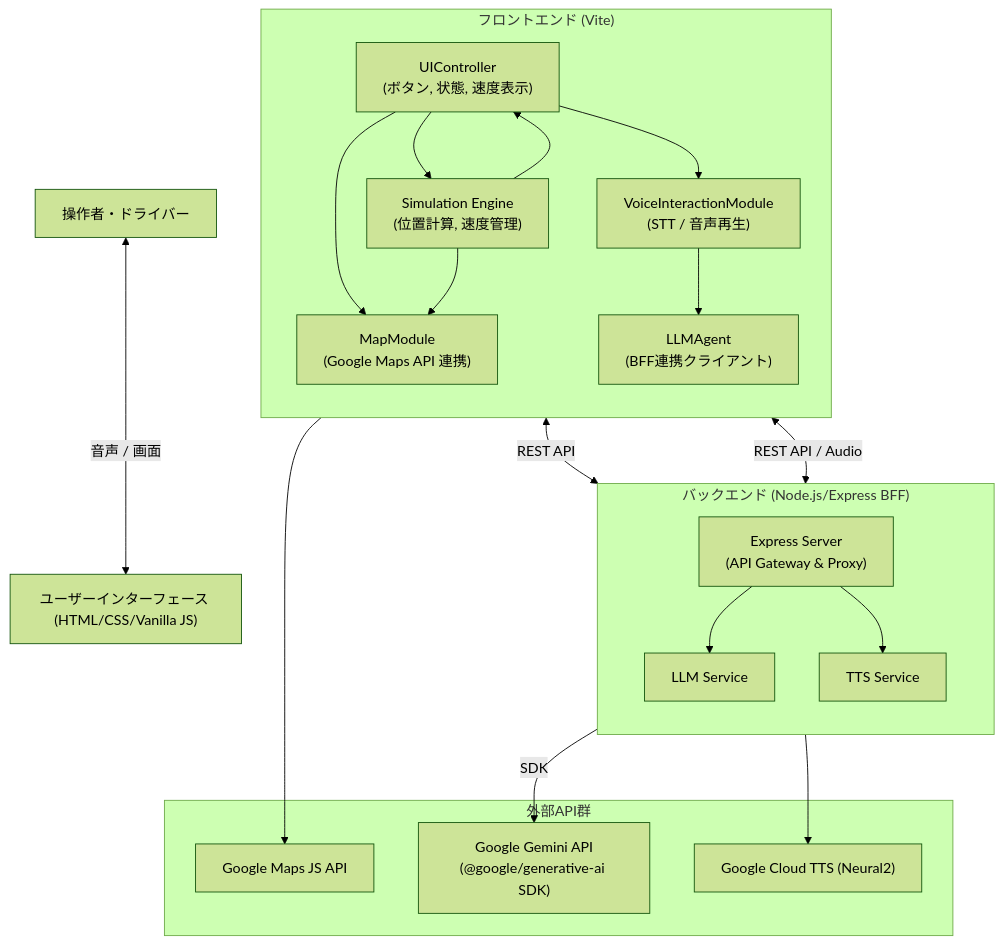
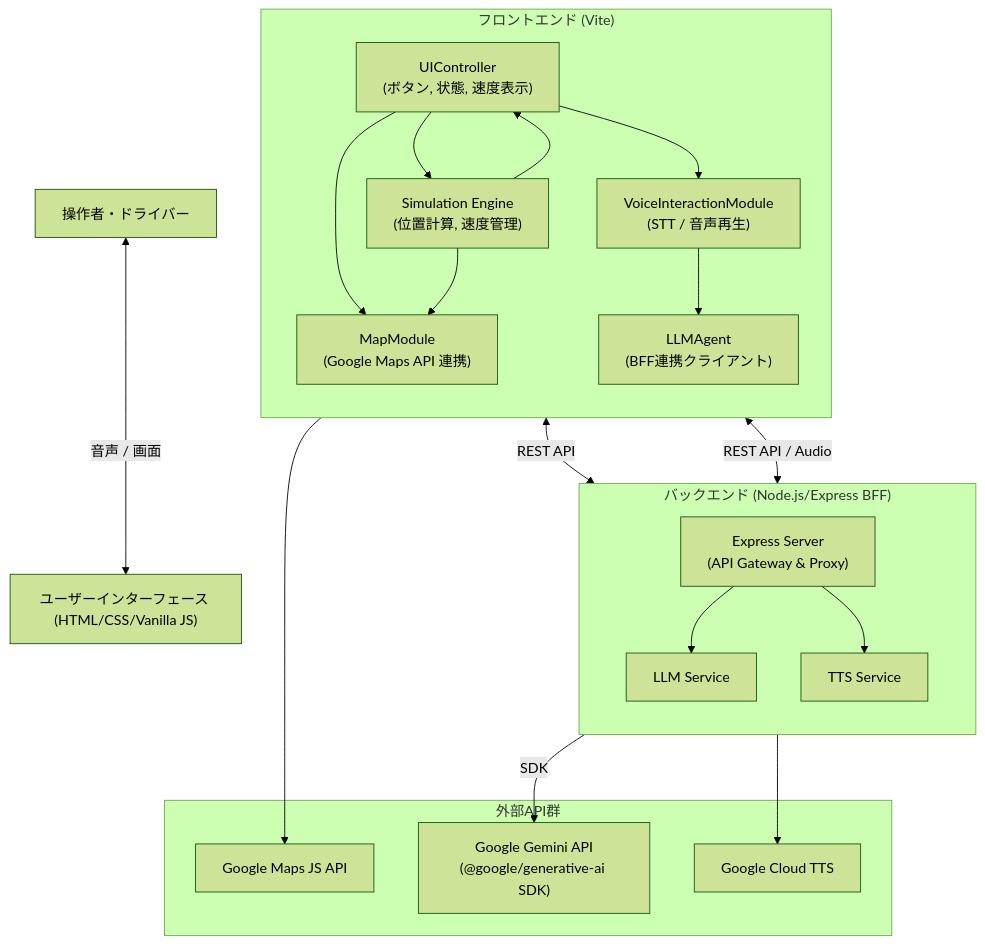
Before and after one commit to yamaPiT/VoiceNavi: the diagram in doc/SW205_ソフトウェアアーキテクチャ設計書.md, drawn with Mermaid (forest theme). The commit also changed other lines of this file and 9 other files, not shown here.

Commit message:
feat: Implement initial simulation engine, LLM agent, and scenario data, add comprehensive documentation, and update Google Cloud TTS voice.

````diff
--- a/doc/SW205_ソフトウェアアーキテクチャ設計書.md
+++ b/doc/SW205_ソフトウェアアーキテクチャ設計書.md
@@ -16,41 +20,41 @@
 ```mermaid
 flowchart TD
     User["操作者・ドライバー"] <--> |音声 / 画面| UI["ユーザーインターフェース (HTML/CSS/Vanilla JS)"]
     
     subgraph Frontend ["フロントエンド (Vite)"]
         direction TB
         UI_Ctrl["UIController<br>(ボタン, 状態, 速度表示)"]
         Sim["Simulation Engine<br>(位置計算, 速度管理)"]
         Map["MapModule<br>(Google Maps API 連携)"]
         Voice["VoiceInteractionModule<br>(STT / 音声再生)"]
         LLM["LLMAgent<br>(BFF連携クライアント)"]
         
         UI_Ctrl --> Sim
         UI_Ctrl --> Map
         UI_Ctrl --> Voice
         Voice --> LLM
         Sim --> Map
         Sim --> UI_Ctrl
     end
 
     subgraph Backend ["バックエンド (Node.js/Express BFF)"]
         direction TB
         Server["Express Server<br>(API Gateway & Proxy)"]
         Server_LLM["LLM Service"]
         Server_TTS["TTS Service"]
         Server --> Server_LLM
         Server --> Server_TTS
     end
     
     subgraph External ["外部API群"]
         GCP_Maps["Google Maps JS API"]
-        GCP_TTS["Google Cloud TTS (Neural2)"]
+        GCP_TTS["Google Cloud TTS"]
         Gemini["Google Gemini API<br>(@google/generative-ai SDK)"]
     end
     
     Map --> GCP_Maps
     LLM <--> |REST API| Server
     Voice <--> |REST API / Audio| Server
     Server_LLM --> |SDK| Gemini
     Server_TTS --> GCP_TTS
 ```
````
